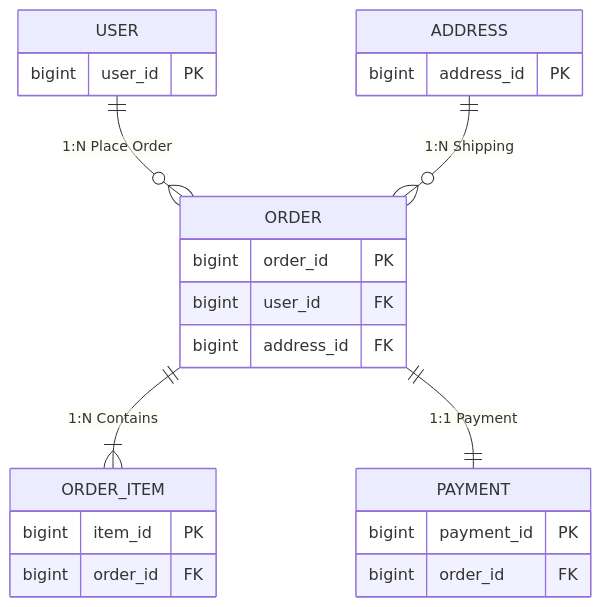
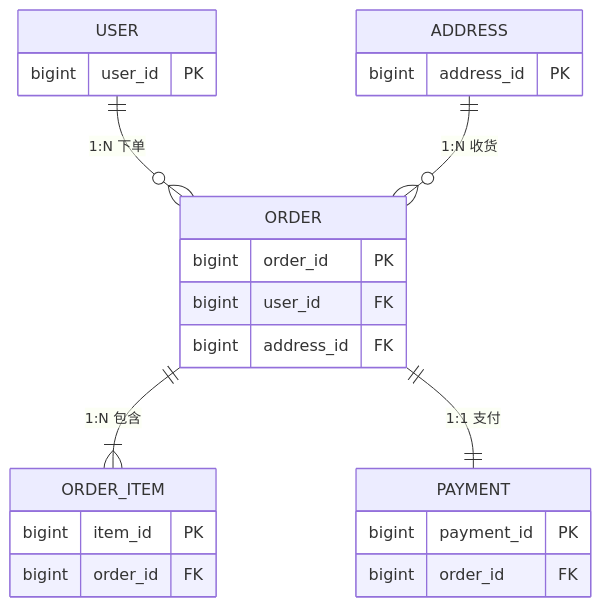
Before and after one commit to Kirky-X/cangjie: the fourth of 11 diagrams in templates/Product/Technology/Template-DB-Design.md, drawn with Mermaid. The commit also changed other lines of this file and 33 other files, not shown here.

````diff
--- a/templates/Product/Technology/Template-DB-Design.md
+++ b/templates/Product/Technology/Template-DB-Design.md
@@ -287,27 +287,27 @@
 ```mermaid
 erDiagram
-    USER ||--o{ ORDER : "1:N Place Order"
-    ADDRESS ||--o{ ORDER : "1:N Shipping"
-    ORDER ||--|{ ORDER_ITEM : "1:N Contains"
-    ORDER ||--|| PAYMENT : "1:1 Payment"
+    USER ||--o{ ORDER : "1:N 下单"
+    ADDRESS ||--o{ ORDER : "1:N 收货"
+    ORDER ||--|{ ORDER_ITEM : "1:N 包含"
+    ORDER ||--|| PAYMENT : "1:1 支付"
 
     USER {
         bigint user_id PK
     }
     ORDER {
         bigint order_id PK
         bigint user_id FK
         bigint address_id FK
     }
     ORDER_ITEM {
         bigint item_id PK
         bigint order_id FK
     }
     PAYMENT {
         bigint payment_id PK
         bigint order_id FK
     }
     ADDRESS {
         bigint address_id PK
     }
 ```
````
